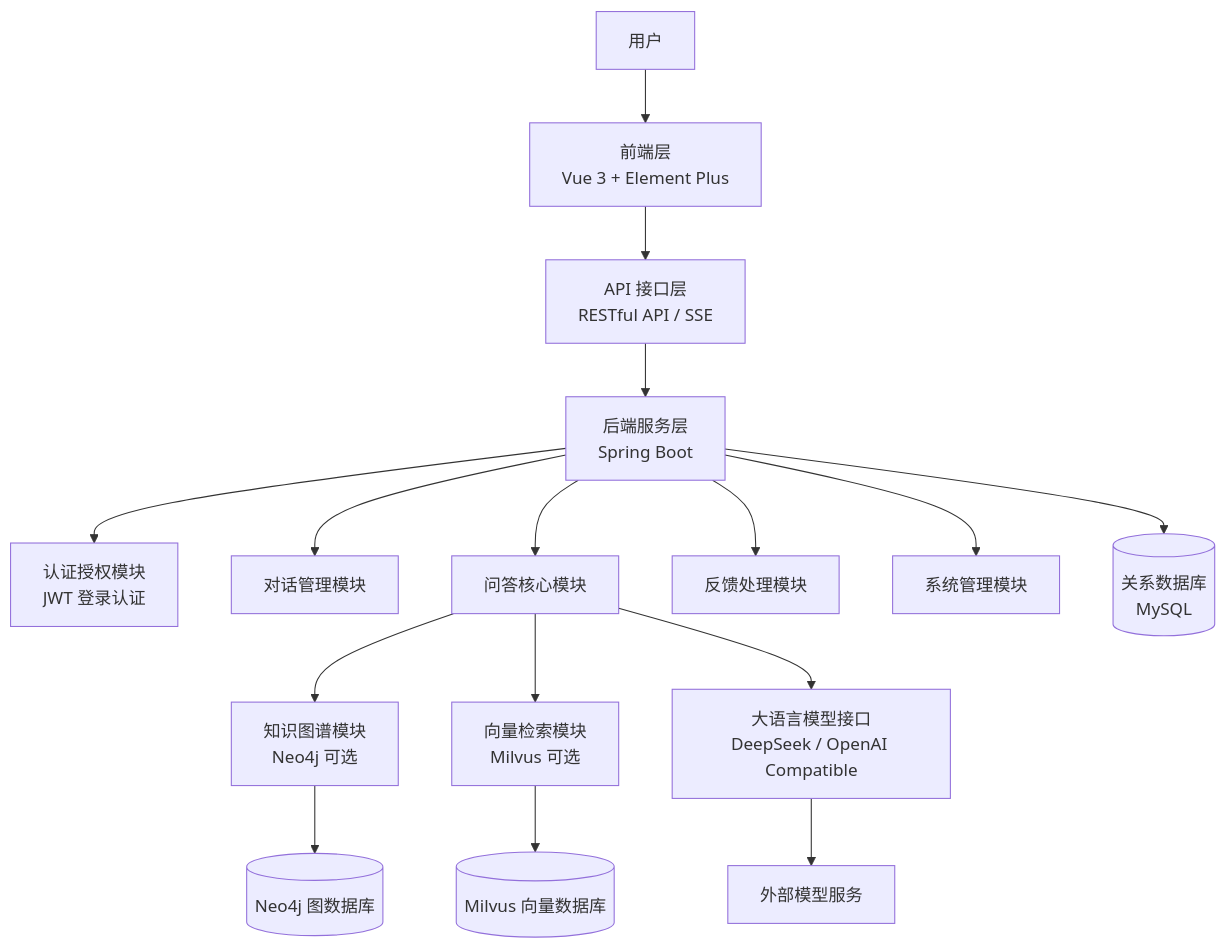
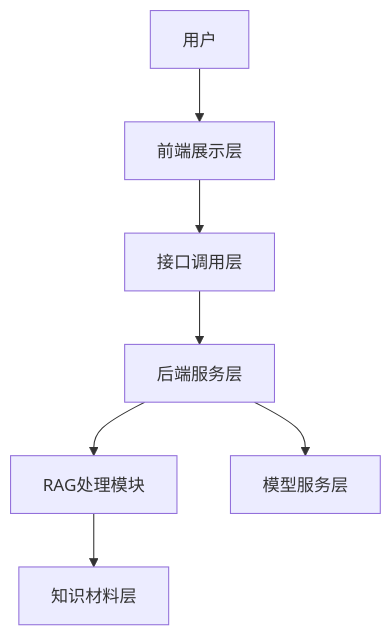
Before and after one commit to BUCT-CS2301/QAsystem: the second of 4 diagrams in documents/设计文档.md, drawn with Mermaid. The commit also changed other lines of this file, not shown here.

````diff
--- a/documents/设计文档.md
+++ b/documents/设计文档.md
@@ -80,25 +118,9 @@
 ```mermaid
 flowchart TB
-    User[用户] --> Frontend[前端层<br/>Vue 3 + Element Plus]
-
-    Frontend --> API[API 接口层<br/>RESTful API / SSE]
-
-    API --> Backend[后端服务层<br/>Spring Boot]
-
-    Backend --> Auth[认证授权模块<br/>JWT 登录认证]
-    Backend --> Chat[对话管理模块]
-    Backend --> QA[问答核心模块]
-    Backend --> Feedback[反馈处理模块]
-    Backend --> Admin[系统管理模块]
-
-    QA --> KG[知识图谱模块<br/>Neo4j 可选]
-    QA --> Vector[向量检索模块<br/>Milvus 可选]
-    QA --> LLM[大语言模型接口<br/>DeepSeek / OpenAI Compatible]
-
-    Backend --> MySQL[(关系数据库<br/>MySQL)]
-
-    KG --> Neo4j[(Neo4j 图数据库)]
-    Vector --> Milvus[(Milvus 向量数据库)]
-
-    LLM --> ModelService[外部模型服务]
+    User[用户] --> Frontend[前端展示层]
+    Frontend --> ApiLayer[接口调用层]
+    ApiLayer --> Backend[后端服务层]
+    Backend --> RagModule[RAG处理模块]
+    RagModule --> KnowledgeBase[知识材料层]
+    Backend --> LLMService[模型服务层]
 ```
````
